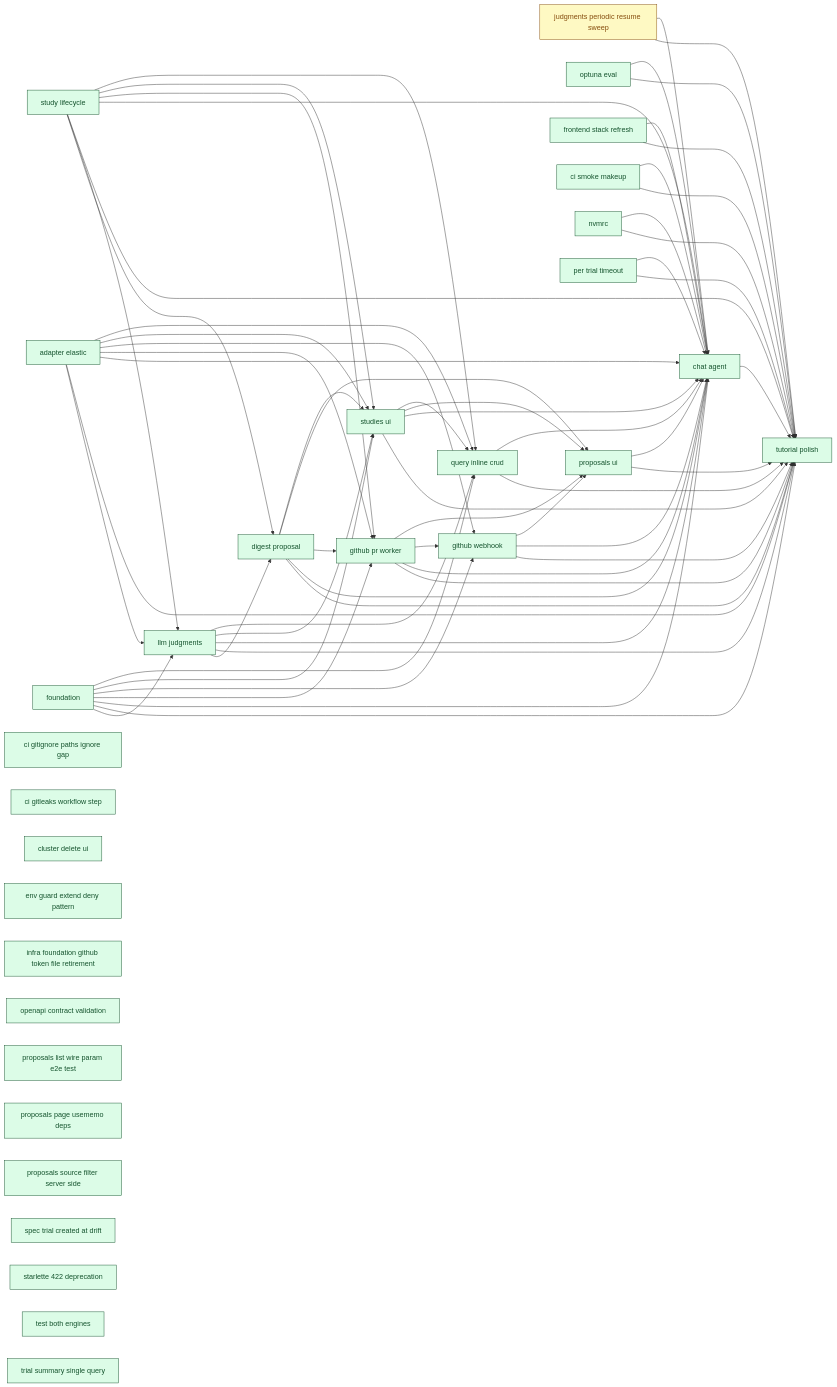
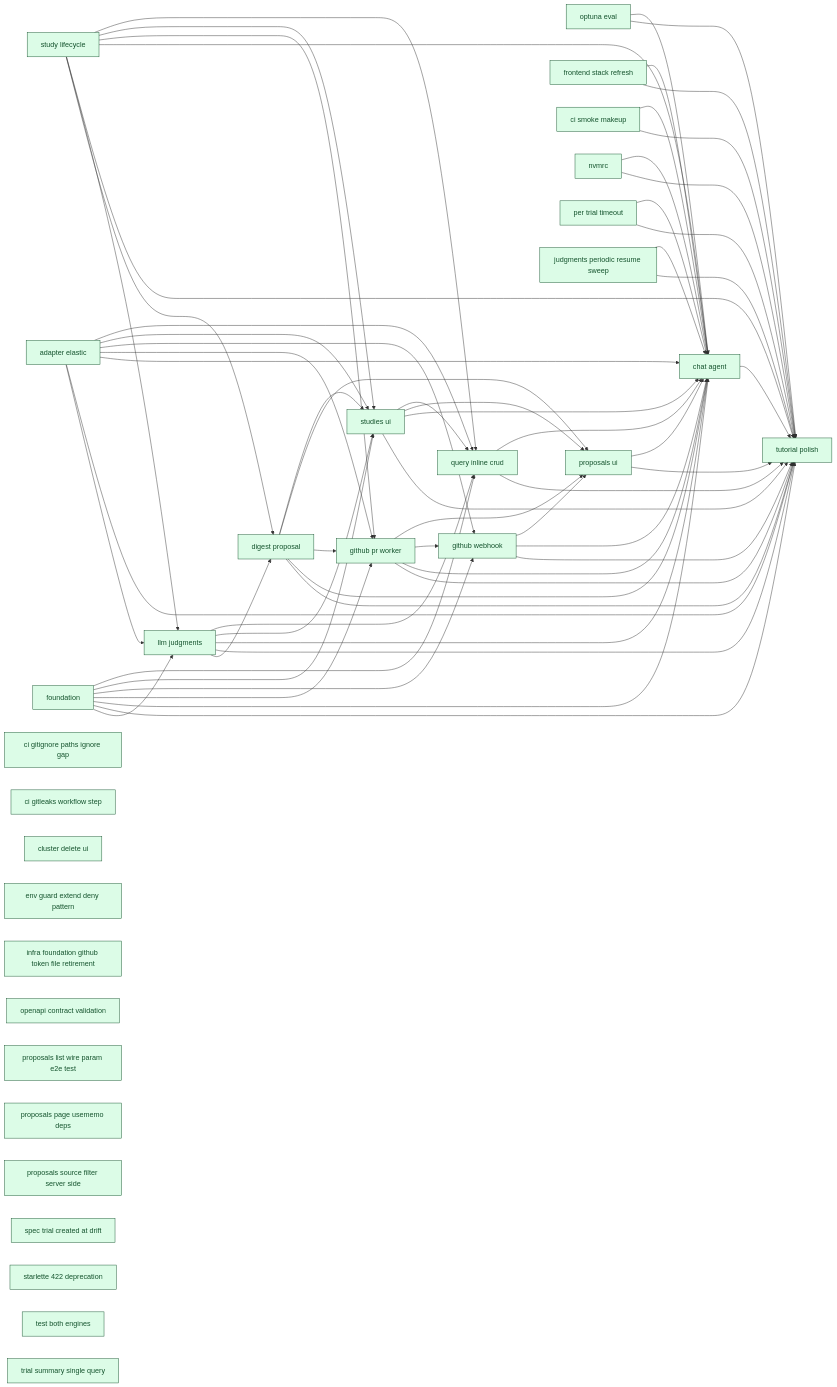
One commit to SoundMindsAI/relyloop changed the diagram in docs/00_overview/MVP1_DASHBOARD.md. Above: the diagram before and after it, drawn with Mermaid. The commit also changed other lines of this file and 6 other files, not shown here.

First line of the commit message:
docs: finalize feat_judgments_periodic_resume_sweep — move to implemented_features + state.md (#105)

```diff
--- a/docs/00_overview/MVP1_DASHBOARD.md
+++ b/docs/00_overview/MVP1_DASHBOARD.md
@@ -108,8 +101,6 @@
   classDef plan fill:#fef9c3,stroke:#854d0e,color:#854d0e;
   classDef spec fill:#dbeafe,stroke:#1e40af,color:#1e40af;
   classDef idea fill:#f1f5f9,stroke:#334155,color:#334155;
-  feat_judgments_periodic_resume_sweep["judgments periodic resume sweep"]
-  class feat_judgments_periodic_resume_sweep plan;
   infra_foundation["foundation"]
   class infra_foundation done;
   feat_study_lifecycle["study lifecycle"]
@@ -168,6 +159,8 @@
   class infra_nvmrc done;
   infra_per_trial_timeout["per trial timeout"]
   class infra_per_trial_timeout done;
+  feat_judgments_periodic_resume_sweep["judgments periodic resume sweep"]
+  class feat_judgments_periodic_resume_sweep done;
   feat_query_inline_crud["query inline crud"]
   class feat_query_inline_crud done;
   feat_study_lifecycle --> feat_digest_proposal
```
